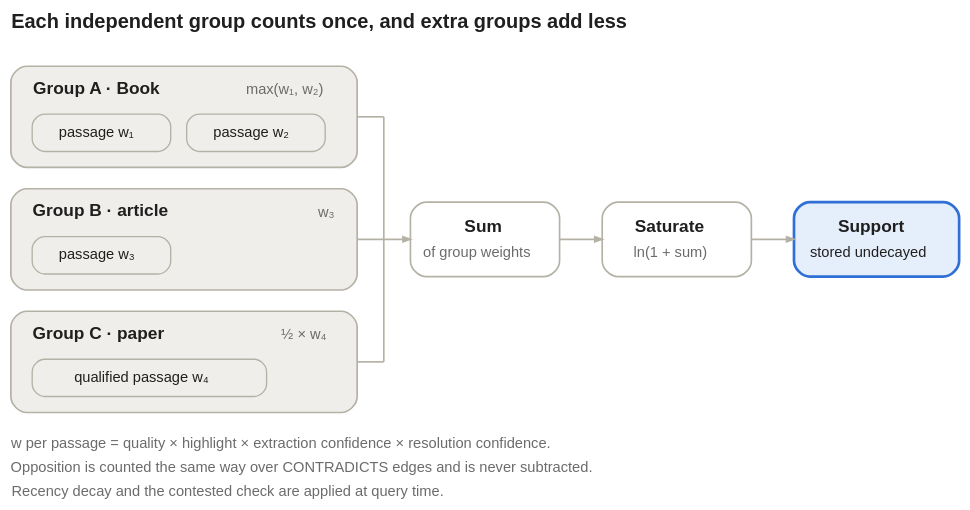
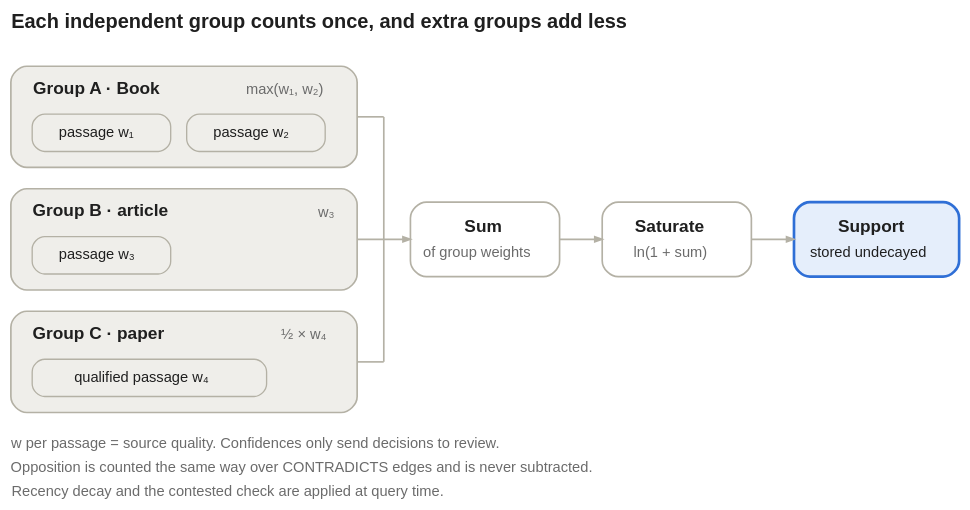
The fifth of 8 diagrams in 50 Graph/01 GraphRAG - Design Spec.md (domnasrabadi/Knowledge-Vault), drawn with Graphviz before and after one commit. The commit also changed other lines of this file and 1 other file, not shown here.

````diff
--- a/50 Graph/01 GraphRAG - Design Spec.md
+++ b/50 Graph/01 GraphRAG - Design Spec.md
@@ -543,58 +543,58 @@
 ```dot
 digraph "support-counting" {
   layout=neato; inputscale=72; notranslate=true; overlap=true; splines=line;
   outputorder=nodesfirst; bgcolor=transparent; pad=0.1;
   node [fontname="Helvetica"]; edge [arrowhead=none];
   t1 [shape=none margin=0 width=9.1181 height=0.3889 fixedsize=true label=<<TABLE BORDER="0" CELLPADDING="0" CELLSPACING="0"><TR><TD FIXEDSIZE="TRUE" WIDTH="652" HEIGHT="24" ALIGN="LEFT"><FONT FACE="Helvetica" POINT-SIZE="15" COLOR="#1f1f1f"><B>Each independent group counts once, and extra groups add less</B></FONT></TD></TR></TABLE>> pos="350.2,374.9!"];
   b2 [shape=box style="rounded,filled" fillcolor="#efeeea" color="#b4b1a5" penwidth=1.25 width=3.6111 height=1.0556 fixedsize=true label="" pos="154.0,306.0!"];
   b3 [shape=box style="rounded,filled" fillcolor="#efeeea" color="#b4b1a5" penwidth=1.25 width=3.6111 height=1.0556 fixedsize=true label="" pos="154.0,214.0!"];
   b4 [shape=box style="rounded,filled" fillcolor="#efeeea" color="#b4b1a5" penwidth=1.25 width=3.6111 height=1.0556 fixedsize=true label="" pos="154.0,122.0!"];
   b5 [shape=box style="rounded" fillcolor="white" color="#b4b1a5" penwidth=1 width=1.4444 height=0.3889 fixedsize=true label="" pos="92.0,294.0!"];
   b6 [shape=box style="rounded" fillcolor="white" color="#b4b1a5" penwidth=1 width=1.4444 height=0.3889 fixedsize=true label="" pos="208.0,294.0!"];
   b7 [shape=box style="rounded" fillcolor="white" color="#b4b1a5" penwidth=1 width=1.4444 height=0.3889 fixedsize=true label="" pos="92.0,202.0!"];
   b8 [shape=box style="rounded" fillcolor="white" color="#b4b1a5" penwidth=1 width=2.4444 height=0.3889 fixedsize=true label="" pos="128.0,110.0!"];
   b9 [shape=box style="rounded" fillcolor="white" color="#b4b1a5" penwidth=1.25 width=1.5556 height=0.7778 fixedsize=true label="" pos="380.0,214.0!"];
   b10 [shape=box style="rounded" fillcolor="white" color="#b4b1a5" penwidth=1.25 width=1.5556 height=0.7778 fixedsize=true label="" pos="524.0,214.0!"];
   b11 [shape=box style="rounded,filled" fillcolor="#e5eefb" color="#2f6fd6" penwidth=2 width=1.7222 height=0.7778 fixedsize=true label="" pos="674.0,214.0!"];
   p12 [shape=point width=0.001 height=0.001 style=invis pos="284.0,306.0!"];
   p13 [shape=point width=0.001 height=0.001 style=invis pos="304.0,306.0!"];
   p14 [shape=point width=0.001 height=0.001 style=invis pos="304.0,214.0!"];
   p15 [shape=point width=0.001 height=0.001 style=invis pos="284.0,122.0!"];
   p16 [shape=point width=0.001 height=0.001 style=invis pos="304.0,122.0!"];
   p17 [shape=point width=0.001 height=0.001 style=invis pos="304.0,214.0!"];
   p18 [shape=point width=0.001 height=0.001 style=invis pos="284.0,214.0!"];
   p19 [shape=point width=0.001 height=0.001 style=invis pos="324.0,214.0!"];
   p20 [shape=point width=0.001 height=0.001 style=invis pos="436.0,214.0!"];
   p21 [shape=point width=0.001 height=0.001 style=invis pos="468.0,214.0!"];
   p22 [shape=point width=0.001 height=0.001 style=invis pos="580.0,214.0!"];
   p23 [shape=point width=0.001 height=0.001 style=invis pos="612.0,214.0!"];
   t24 [shape=none margin=0 width=1.9917 height=0.3444 fixedsize=true label=<<TABLE BORDER="0" CELLPADDING="0" CELLSPACING="0"><TR><TD FIXEDSIZE="TRUE" WIDTH="139" HEIGHT="21" ALIGN="LEFT"><FONT FACE="Helvetica" POINT-SIZE="13" COLOR="#1f1f1f"><B>Group A · Book</B></FONT></TD></TR></TABLE>> pos="109.7,326.3!"];
   t25 [shape=none margin=0 width=1.3467 height=0.3111 fixedsize=true label=<<TABLE BORDER="0" CELLPADDING="0" CELLSPACING="0"><TR><TD FIXEDSIZE="TRUE" WIDTH="93" HEIGHT="18" ALIGN="RIGHT"><FONT FACE="Helvetica" POINT-SIZE="11.5" COLOR="#6b6b6b">max(w₁, w₂)</FONT></TD></TR></TABLE>> pos="221.5,325.8!"];
   t26 [shape=none margin=0 width=2.3708 height=0.3444 fixedsize=true label=<<TABLE BORDER="0" CELLPADDING="0" CELLSPACING="0"><TR><TD FIXEDSIZE="TRUE" WIDTH="167" HEIGHT="21" ALIGN="LEFT"><FONT FACE="Helvetica" POINT-SIZE="13" COLOR="#1f1f1f"><B>Group B · article</B></FONT></TD></TR></TABLE>> pos="123.3,234.3!"];
   t27 [shape=none margin=0 width=0.4267 height=0.3111 fixedsize=true label=<<TABLE BORDER="0" CELLPADDING="0" CELLSPACING="0"><TR><TD FIXEDSIZE="TRUE" WIDTH="27" HEIGHT="18" ALIGN="RIGHT"><FONT FACE="Helvetica" POINT-SIZE="11.5" COLOR="#6b6b6b">w₃</FONT></TD></TR></TABLE>> pos="254.6,233.8!"];
   t28 [shape=none margin=0 width=2.1181 height=0.3444 fixedsize=true label=<<TABLE BORDER="0" CELLPADDING="0" CELLSPACING="0"><TR><TD FIXEDSIZE="TRUE" WIDTH="148" HEIGHT="21" ALIGN="LEFT"><FONT FACE="Helvetica" POINT-SIZE="13" COLOR="#1f1f1f"><B>Group C · paper</B></FONT></TD></TR></TABLE>> pos="114.2,142.3!"];
   t29 [shape=none margin=0 width=0.8356 height=0.3111 fixedsize=true label=<<TABLE BORDER="0" CELLPADDING="0" CELLSPACING="0"><TR><TD FIXEDSIZE="TRUE" WIDTH="56" HEIGHT="18" ALIGN="RIGHT"><FONT FACE="Helvetica" POINT-SIZE="11.5" COLOR="#6b6b6b">½ × w₄</FONT></TD></TR></TABLE>> pos="239.9,141.8!"];
   t30 [shape=none margin=0 width=1.2444 height=0.3111 fixedsize=true label=<<TABLE BORDER="0" CELLPADDING="0" CELLSPACING="0"><TR><TD FIXEDSIZE="TRUE" WIDTH="86" HEIGHT="18" ALIGN="CENTER"><FONT FACE="Helvetica" POINT-SIZE="11.5" COLOR="#1f1f1f">passage w₁</FONT></TD></TR></TABLE>> pos="92.0,293.8!"];
   t31 [shape=none margin=0 width=1.2444 height=0.3111 fixedsize=true label=<<TABLE BORDER="0" CELLPADDING="0" CELLSPACING="0"><TR><TD FIXEDSIZE="TRUE" WIDTH="86" HEIGHT="18" ALIGN="CENTER"><FONT FACE="Helvetica" POINT-SIZE="11.5" COLOR="#1f1f1f">passage w₂</FONT></TD></TR></TABLE>> pos="208.0,293.8!"];
   t32 [shape=none margin=0 width=1.2444 height=0.3111 fixedsize=true label=<<TABLE BORDER="0" CELLPADDING="0" CELLSPACING="0"><TR><TD FIXEDSIZE="TRUE" WIDTH="86" HEIGHT="18" ALIGN="CENTER"><FONT FACE="Helvetica" POINT-SIZE="11.5" COLOR="#1f1f1f">passage w₃</FONT></TD></TR></TABLE>> pos="92.0,201.8!"];
   t33 [shape=none margin=0 width=2.2667 height=0.3111 fixedsize=true label=<<TABLE BORDER="0" CELLPADDING="0" CELLSPACING="0"><TR><TD FIXEDSIZE="TRUE" WIDTH="159" HEIGHT="18" ALIGN="CENTER"><FONT FACE="Helvetica" POINT-SIZE="11.5" COLOR="#1f1f1f">qualified passage w₄</FONT></TD></TR></TABLE>> pos="128.0,109.8!"];
   t34 [shape=none margin=0 width=0.6014 height=0.3444 fixedsize=true label=<<TABLE BORDER="0" CELLPADDING="0" CELLSPACING="0"><TR><TD FIXEDSIZE="TRUE" WIDTH="39" HEIGHT="21" ALIGN="CENTER"><FONT FACE="Helvetica" POINT-SIZE="13" COLOR="#1f1f1f"><B>Sum</B></FONT></TD></TR></TABLE>> pos="380.0,222.3!"];
   t35 [shape=none margin=0 width=1.8578 height=0.3111 fixedsize=true label=<<TABLE BORDER="0" CELLPADDING="0" CELLSPACING="0"><TR><TD FIXEDSIZE="TRUE" WIDTH="130" HEIGHT="18" ALIGN="CENTER"><FONT FACE="Helvetica" POINT-SIZE="11.5" COLOR="#6b6b6b">of group weights</FONT></TD></TR></TABLE>> pos="380.0,203.8!"];
   t36 [shape=none margin=0 width=1.2333 height=0.3444 fixedsize=true label=<<TABLE BORDER="0" CELLPADDING="0" CELLSPACING="0"><TR><TD FIXEDSIZE="TRUE" WIDTH="85" HEIGHT="21" ALIGN="CENTER"><FONT FACE="Helvetica" POINT-SIZE="13" COLOR="#1f1f1f"><B>Saturate</B></FONT></TD></TR></TABLE>> pos="524.0,222.3!"];
   t37 [shape=none margin=0 width=1.3467 height=0.3111 fixedsize=true label=<<TABLE BORDER="0" CELLPADDING="0" CELLSPACING="0"><TR><TD FIXEDSIZE="TRUE" WIDTH="93" HEIGHT="18" ALIGN="CENTER"><FONT FACE="Helvetica" POINT-SIZE="11.5" COLOR="#6b6b6b">ln(1 + sum)</FONT></TD></TR></TABLE>> pos="524.0,203.8!"];
   t38 [shape=none margin=0 width=1.1069 height=0.3444 fixedsize=true label=<<TABLE BORDER="0" CELLPADDING="0" CELLSPACING="0"><TR><TD FIXEDSIZE="TRUE" WIDTH="76" HEIGHT="21" ALIGN="CENTER"><FONT FACE="Helvetica" POINT-SIZE="13" COLOR="#1f1f1f"><B>Support</B></FONT></TD></TR></TABLE>> pos="674.0,222.3!"];
   t39 [shape=none margin=0 width=1.8578 height=0.3111 fixedsize=true label=<<TABLE BORDER="0" CELLPADDING="0" CELLSPACING="0"><TR><TD FIXEDSIZE="TRUE" WIDTH="130" HEIGHT="18" ALIGN="CENTER"><FONT FACE="Helvetica" POINT-SIZE="11.5" COLOR="#1f1f1f">stored undecayed</FONT></TD></TR></TABLE>> pos="674.0,203.8!"];
-  t40 [shape=none margin=0 width=8.8089 height=0.3111 fixedsize=true label=<<TABLE BORDER="0" CELLPADDING="0" CELLSPACING="0"><TR><TD FIXEDSIZE="TRUE" WIDTH="630" HEIGHT="18" ALIGN="LEFT"><FONT FACE="Helvetica" POINT-SIZE="11.5" COLOR="#6b6b6b">w per passage = quality × highlight × extraction confidence × resolution confidence.</FONT></TD></TR></TABLE>> pos="339.1,59.8!"];
+  t40 [shape=none margin=0 width=8.8089 height=0.3111 fixedsize=true label=<<TABLE BORDER="0" CELLPADDING="0" CELLSPACING="0"><TR><TD FIXEDSIZE="TRUE" WIDTH="630" HEIGHT="18" ALIGN="LEFT"><FONT FACE="Helvetica" POINT-SIZE="11.5" COLOR="#6b6b6b">w per passage = source quality. Confidences only send decisions to review.</FONT></TD></TR></TABLE>> pos="339.1,59.8!"];
   t41 [shape=none margin=0 width=8.6044 height=0.3111 fixedsize=true label=<<TABLE BORDER="0" CELLPADDING="0" CELLSPACING="0"><TR><TD FIXEDSIZE="TRUE" WIDTH="616" HEIGHT="18" ALIGN="LEFT"><FONT FACE="Helvetica" POINT-SIZE="11.5" COLOR="#6b6b6b">Opposition is counted the same way over CONTRADICTS edges and is never subtracted.</FONT></TD></TR></TABLE>> pos="331.8,41.8!"];
   t42 [shape=none margin=0 width=6.7644 height=0.3111 fixedsize=true label=<<TABLE BORDER="0" CELLPADDING="0" CELLSPACING="0"><TR><TD FIXEDSIZE="TRUE" WIDTH="483" HEIGHT="18" ALIGN="LEFT"><FONT FACE="Helvetica" POINT-SIZE="11.5" COLOR="#6b6b6b">Recency decay and the contested check are applied at query time.</FONT></TD></TR></TABLE>> pos="265.5,23.8!"];
   p43 [shape=point width=0.001 height=0.001 style=invis pos="0.0,400.0!"];
   p44 [shape=point width=0.001 height=0.001 style=invis pos="760.0,0.0!"];
   p12 -> p13 [dir=none color="#b4b1a5" penwidth=1.25];
   p13 -> p14 [dir=none color="#b4b1a5" penwidth=1.25];
   p15 -> p16 [dir=none color="#b4b1a5" penwidth=1.25];
   p16 -> p17 [dir=none color="#b4b1a5" penwidth=1.25];
   p18 -> p19 [dir=forward arrowhead=normal arrowsize=0.55 color="#b4b1a5" penwidth=1.25];
   p20 -> p21 [dir=forward arrowhead=normal arrowsize=0.55 color="#b4b1a5" penwidth=1.25];
   p22 -> p23 [dir=forward arrowhead=normal arrowsize=0.55 color="#b4b1a5" penwidth=1.25];
 }
 ```
````
